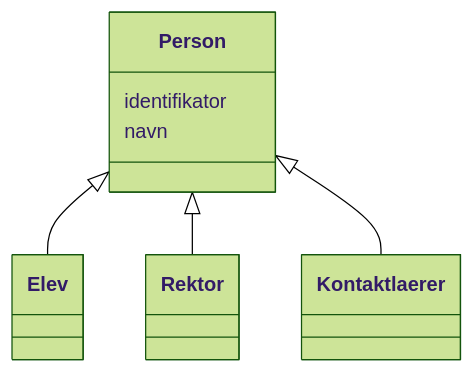
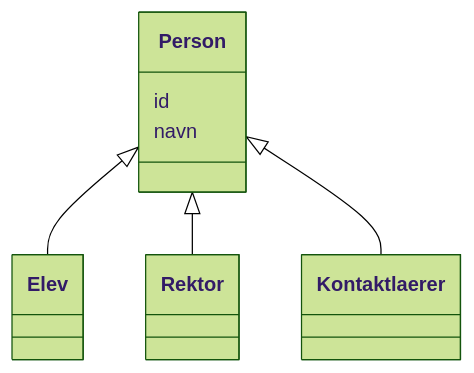
Before and after one commit to brreg/linkml-w3c-no-profiles: the diagram in mkdocs/docs/samt/samt-bu/klasser/person.md, drawn with Mermaid (forest theme). The commit also changed other lines of this file and 541 other files, not shown here.

````diff
--- a/mkdocs/docs/samt/samt-bu/klasser/person.md
+++ b/mkdocs/docs/samt/samt-bu/klasser/person.md
@@ -20,17 +20,17 @@
 ```mermaid
  classDiagram
     class Person
     click Person href "../Person/"
       Person <|-- Elev
         click Elev href "../Elev/"
       Person <|-- Rektor
         click Rektor href "../Rektor/"
       Person <|-- Kontaktlaerer
         click Kontaktlaerer href "../Kontaktlaerer/"
       
-      Person : identifikator
+      Person : id
         
       Person : navn
         
       
 ```
````
